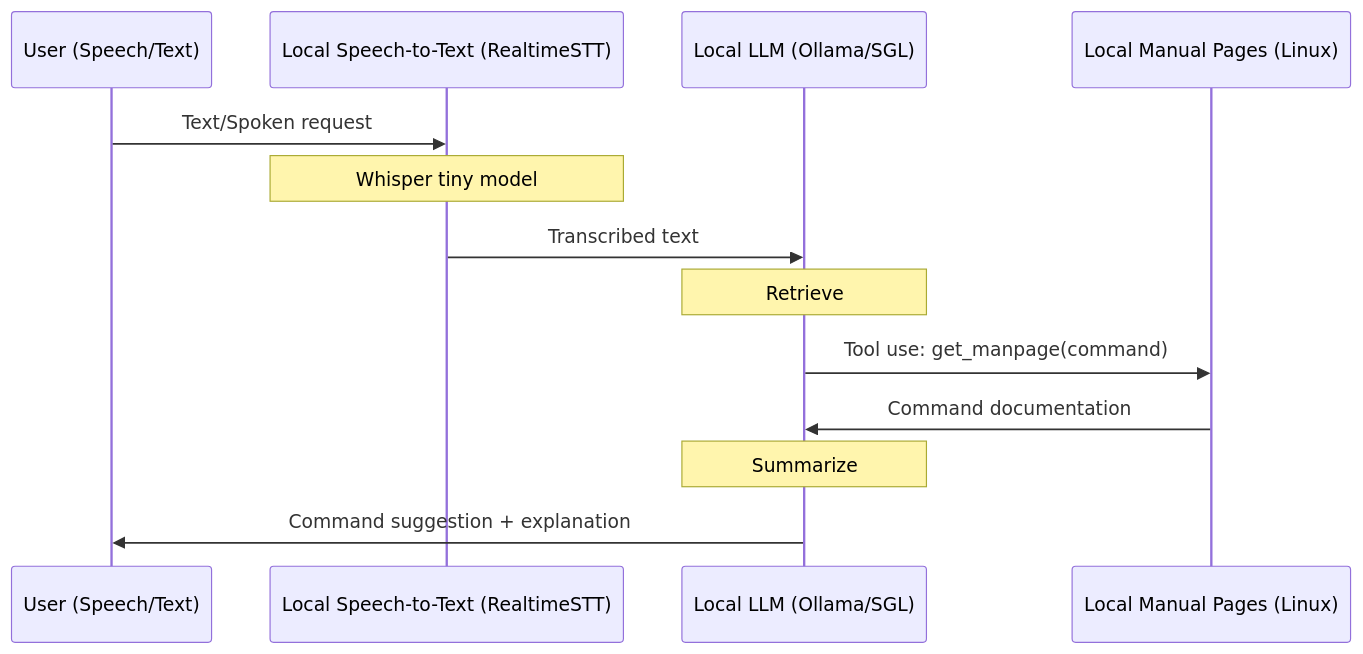
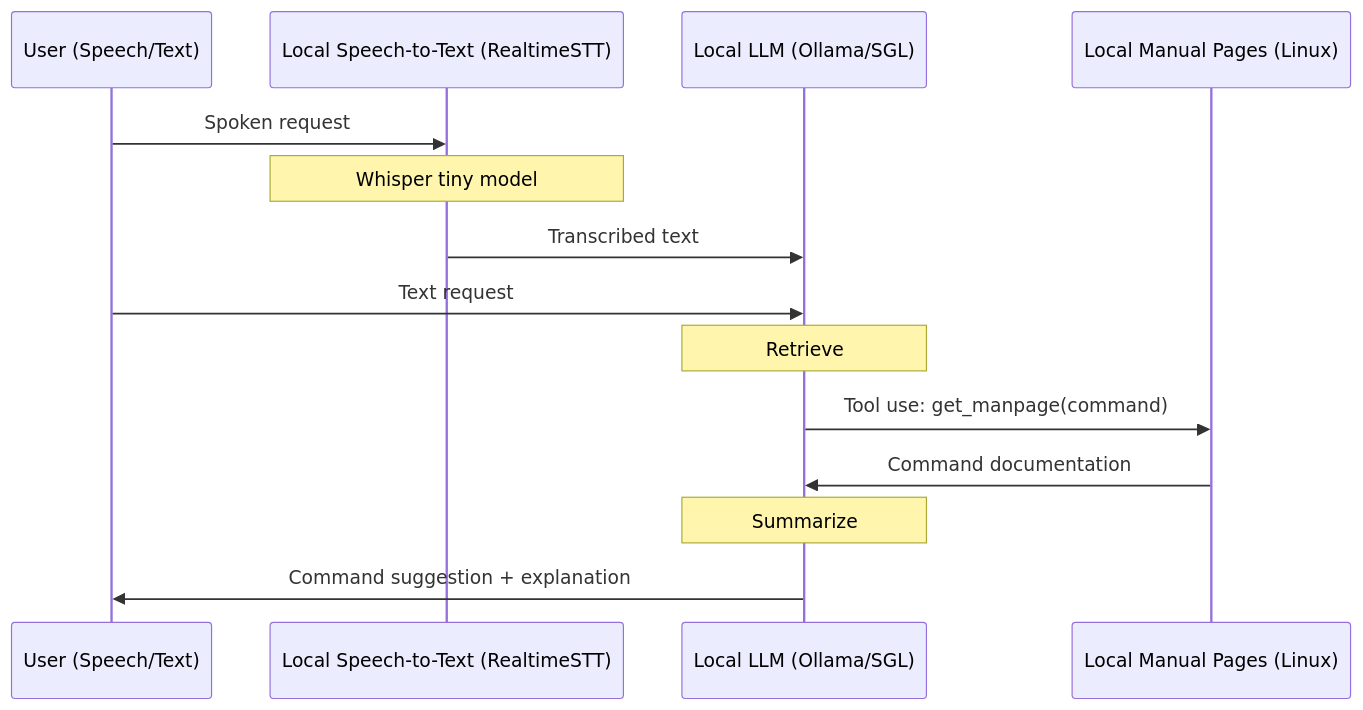
The diagram in README.md (ownage-labs/cerebrosonic-navigator), drawn with Mermaid before and after one commit.

````diff
--- a/README.md
+++ b/README.md
@@ -13,16 +13,17 @@
 ```mermaid
 sequenceDiagram
     participant User as User (Speech/Text)
     participant STT as Local Speech-to-Text (RealtimeSTT)
     participant LLM as Local LLM (Ollama/SGL)
     participant Man as Local Manual Pages (Linux)
 
-    User->>STT: Text/Spoken request
+    User->>STT: Spoken request
     Note over STT: Whisper tiny model
     STT->>LLM: Transcribed text
+    User->>LLM: Text request
     Note over LLM: Retrieve
     LLM->>Man: Tool use: get_manpage(command)
     Man->>LLM: Command documentation
     Note over LLM: Summarize
     LLM->>User: Command suggestion + explanation
 ```
````
